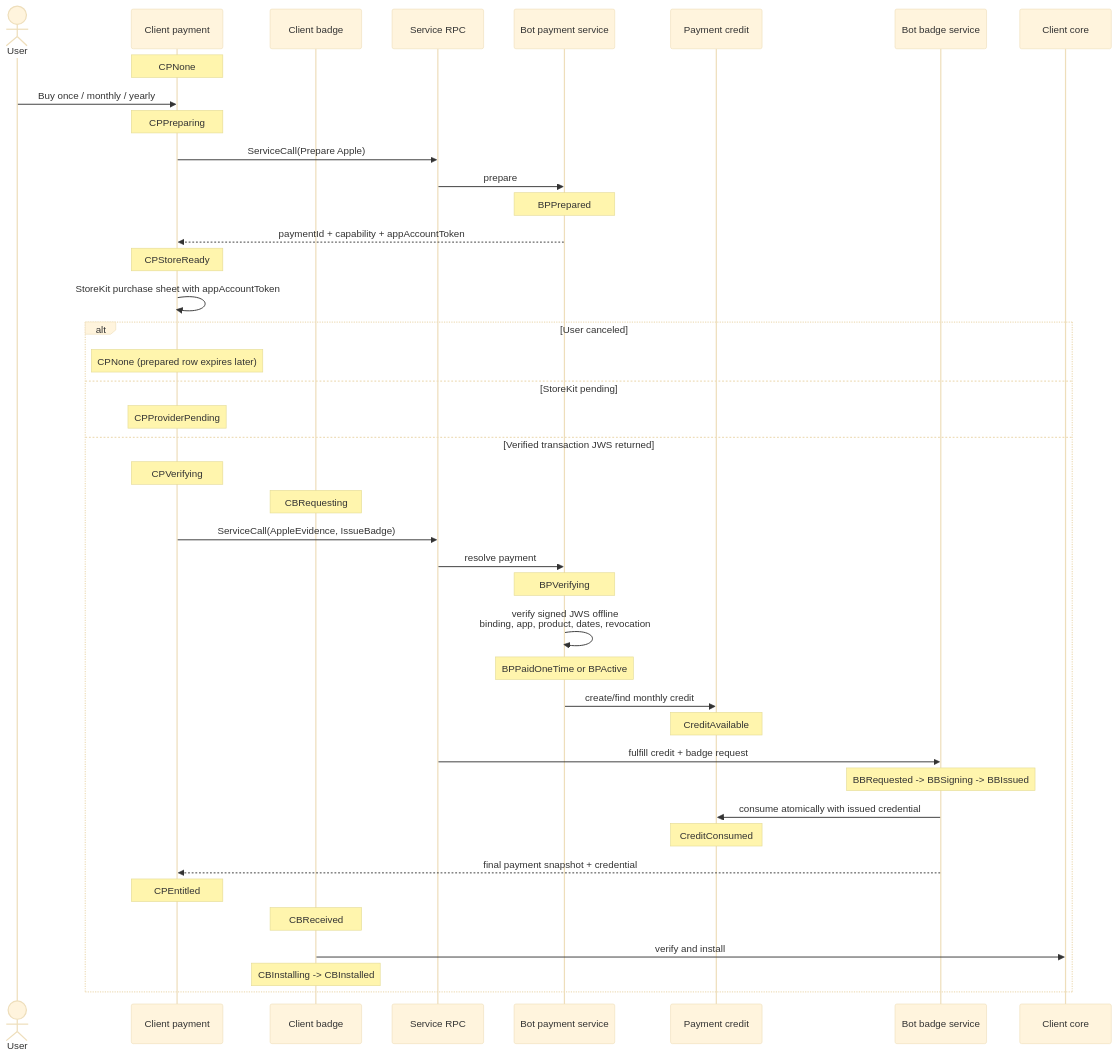
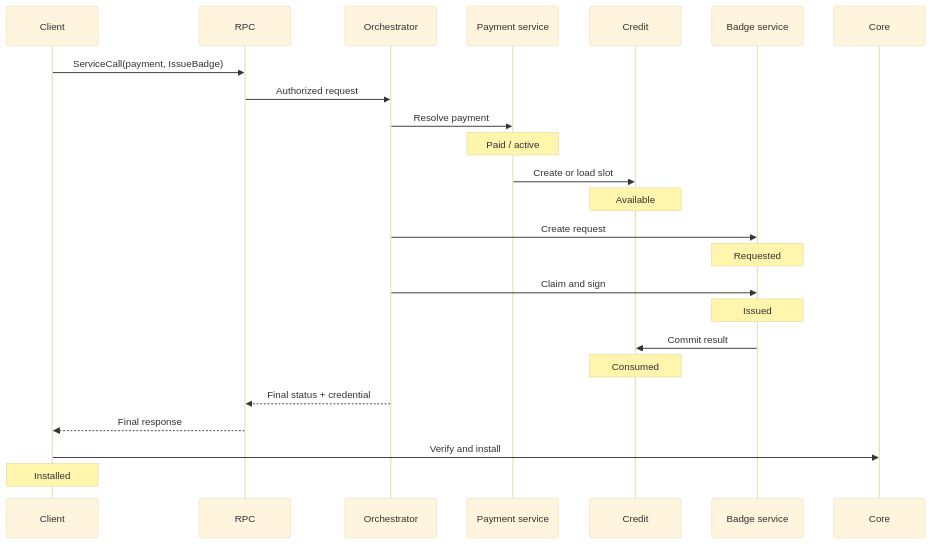
One commit to simplex-chat/simplex-chat changed the second of 6 diagrams in plans/2026-07-20-supporter-badges-v2-implementation.md. Above: the diagram before and after it, drawn with Mermaid (base theme). The commit also changed other lines of this file and 1 other file, not shown here.

Commit message:
docs: streamline badge lifecycle plans

````diff
--- a/plans/2026-07-20-supporter-badges-v2-implementation.md
+++ b/plans/2026-07-20-supporter-badges-v2-implementation.md
@@ -269,45 +231,26 @@
 ```mermaid
 sequenceDiagram
-  actor U as User
-  participant CP as Client payment
-  participant CB as Client badge
-  participant RPC as Service RPC
-  participant BP as Bot payment service
-  participant CR as Payment credit
-  participant BB as Bot badge service
-  participant Core as Client core
-
-  Note over CP: CPNone
-  U->>CP: Buy once / monthly / yearly
-  Note over CP: CPPreparing
-  CP->>RPC: ServiceCall(Prepare Apple)
-  RPC->>BP: prepare
-  Note over BP: BPPrepared
-  BP-->>CP: paymentId + capability + appAccountToken
-  Note over CP: CPStoreReady
-  CP->>CP: StoreKit purchase sheet with appAccountToken
-  alt User canceled
-    Note over CP: CPNone (prepared row expires later)
-  else StoreKit pending
-    Note over CP: CPProviderPending
-  else Verified transaction JWS returned
-    Note over CP: CPVerifying
-    Note over CB: CBRequesting
-    CP->>RPC: ServiceCall(AppleEvidence, IssueBadge)
-    RPC->>BP: resolve payment
-    Note over BP: BPVerifying
-    BP->>BP: verify signed JWS offline<br/>binding, app, product, dates, revocation
-    Note over BP: BPPaidOneTime or BPActive
-    BP->>CR: create/find monthly credit
-    Note over CR: CreditAvailable
-    RPC->>BB: fulfill credit + badge request
-    Note over BB: BBRequested -> BBSigning -> BBIssued
-    BB->>CR: consume atomically with issued credential
-    Note over CR: CreditConsumed
-    BB-->>CP: final payment snapshot + credential
-    Note over CP: CPEntitled
-    Note over CB: CBReceived
-    CB->>Core: verify and install
-    Note over CB: CBInstalling -> CBInstalled
-  end
+  participant C as Client
+  participant RPC as RPC
+  participant O as Orchestrator
+  participant P as Payment service
+  participant X as Credit
+  participant B as Badge service
+  participant K as Core
+  C->>RPC: ServiceCall(payment, IssueBadge)
+  RPC->>O: Authorized request
+  O->>P: Resolve payment
+  Note over P: Paid / active
+  P->>X: Create or load slot
+  Note over X: Available
+  O->>B: Create request
+  Note over B: Requested
+  O->>B: Claim and sign
+  Note over B: Issued
+  B->>X: Commit result
+  Note over X: Consumed
+  O-->>RPC: Final status + credential
+  RPC-->>C: Final response
+  C->>K: Verify and install
+  Note over C: Installed
 ```
````
